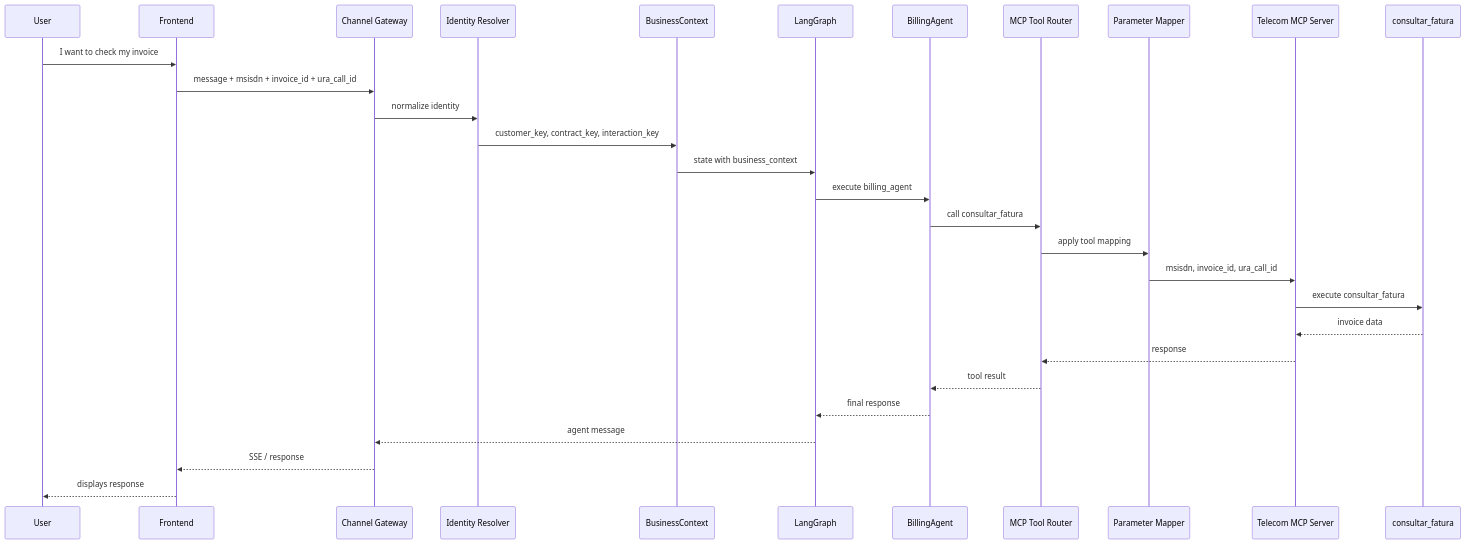
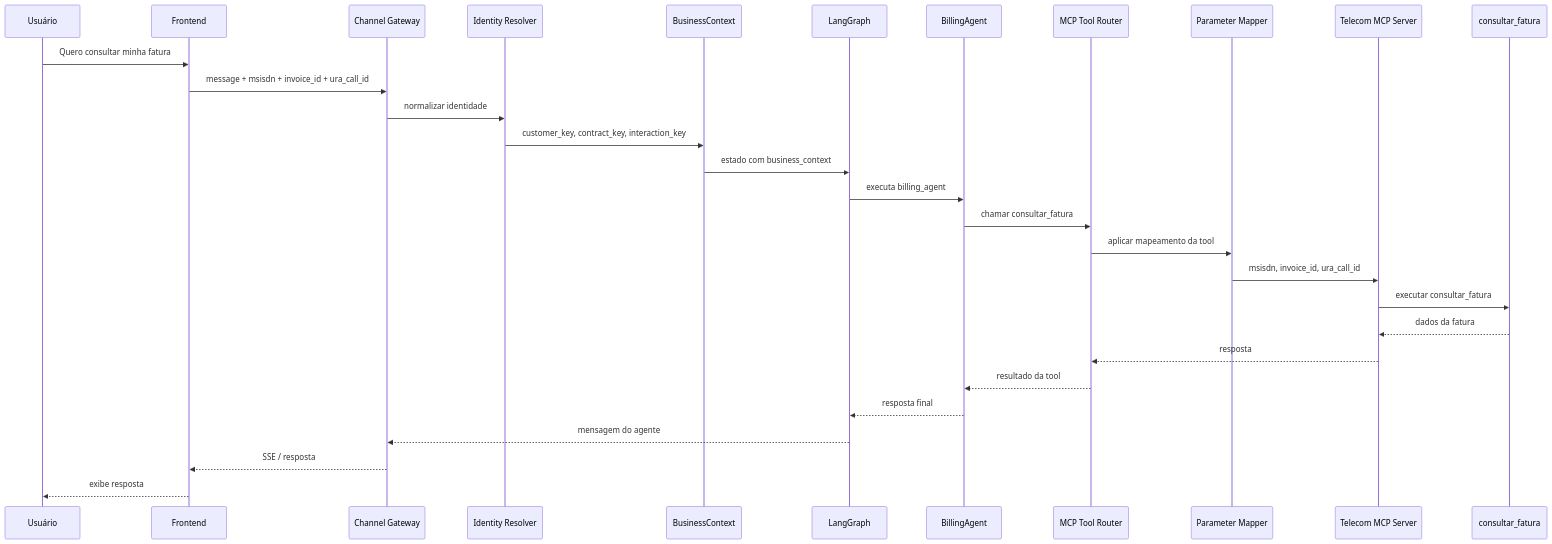
The eighth of 8 diagrams in README.md (hoshikawa2/agent_framework_oci_2), drawn with Mermaid before and after one commit. The commit also changed other lines of this file, not shown here.

Commit message:
examples of graph flow

````diff
--- a/README.md
+++ b/README.md
@@ -3993,32 +4316,32 @@
 ```mermaid
 sequenceDiagram
-    participant User as User
+    participant User as Usuário
     participant FE as Frontend
     participant GW as Channel Gateway
     participant ID as Identity Resolver
     participant BC as BusinessContext
     participant LG as LangGraph
     participant AG as BillingAgent
     participant TR as MCP Tool Router
     participant MP as Parameter Mapper
     participant MCP as Telecom MCP Server
     participant Tool as consultar_fatura
 
-    User->>FE: I want to check my invoice
+    User->>FE: Quero consultar minha fatura
     FE->>GW: message + msisdn + invoice_id + ura_call_id
-    GW->>ID: normalize identity
+    GW->>ID: normalizar identidade
     ID->>BC: customer_key, contract_key, interaction_key
-    BC->>LG: state with business_context
-    LG->>AG: execute billing_agent
-    AG->>TR: call consultar_fatura
-    TR->>MP: apply tool mapping
+    BC->>LG: estado com business_context
+    LG->>AG: executa billing_agent
+    AG->>TR: chamar consultar_fatura
+    TR->>MP: aplicar mapeamento da tool
     MP->>MCP: msisdn, invoice_id, ura_call_id
-    MCP->>Tool: execute consultar_fatura
-    Tool-->>MCP: invoice data
-    MCP-->>TR: response
-    TR-->>AG: tool result
-    AG-->>LG: final response
-    LG-->>GW: agent message
-    GW-->>FE: SSE / response
-    FE-->>User: displays response
+    MCP->>Tool: executar consultar_fatura
+    Tool-->>MCP: dados da fatura
+    MCP-->>TR: resposta
+    TR-->>AG: resultado da tool
+    AG-->>LG: resposta final
+    LG-->>GW: mensagem do agente
+    GW-->>FE: SSE / resposta
+    FE-->>User: exibe resposta
 ```
````
